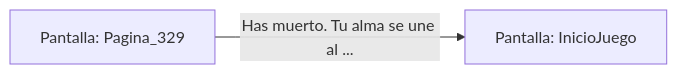
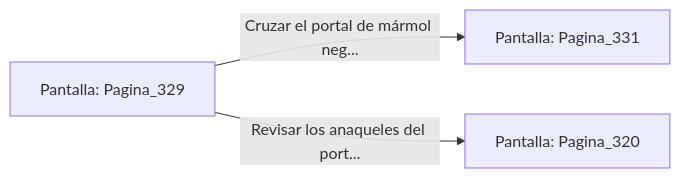
The diagram in sample/eligejuego-vault/Pantalla_Pagina_329.md (metsuke/mpl), drawn with Mermaid before and after one commit. The commit also changed other lines of this file and 635 other files, not shown here.

First line of the commit message:
fix: añadir Pagina_1 como pantalla inicial en capitulo_01.mpl

````diff
--- a/sample/eligejuego-vault/Pantalla_Pagina_329.md
+++ b/sample/eligejuego-vault/Pantalla_Pagina_329.md
@@ -17,5 +24,6 @@
 ```mermaid
 graph LR
     P_Pagina_329["Pantalla: Pagina_329"]
-    P_Pagina_329 -->|"Has muerto. Tu alma se une al ..."| P_InicioJuego["Pantalla: InicioJuego"]
+    P_Pagina_329 -->|"Cruzar el portal de mármol neg..."| P_Pagina_331["Pantalla: Pagina_331"]
+    P_Pagina_329 -->|"Revisar los anaqueles del port..."| P_Pagina_320["Pantalla: Pagina_320"]
 ```
````
